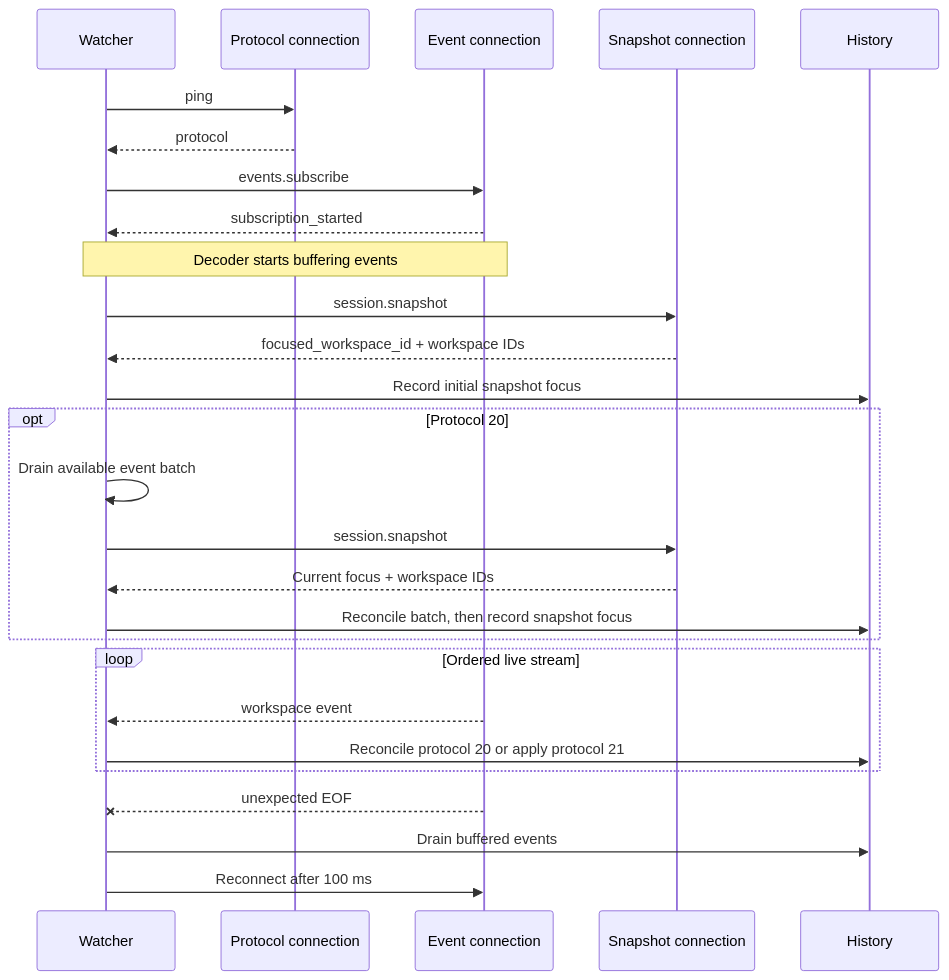
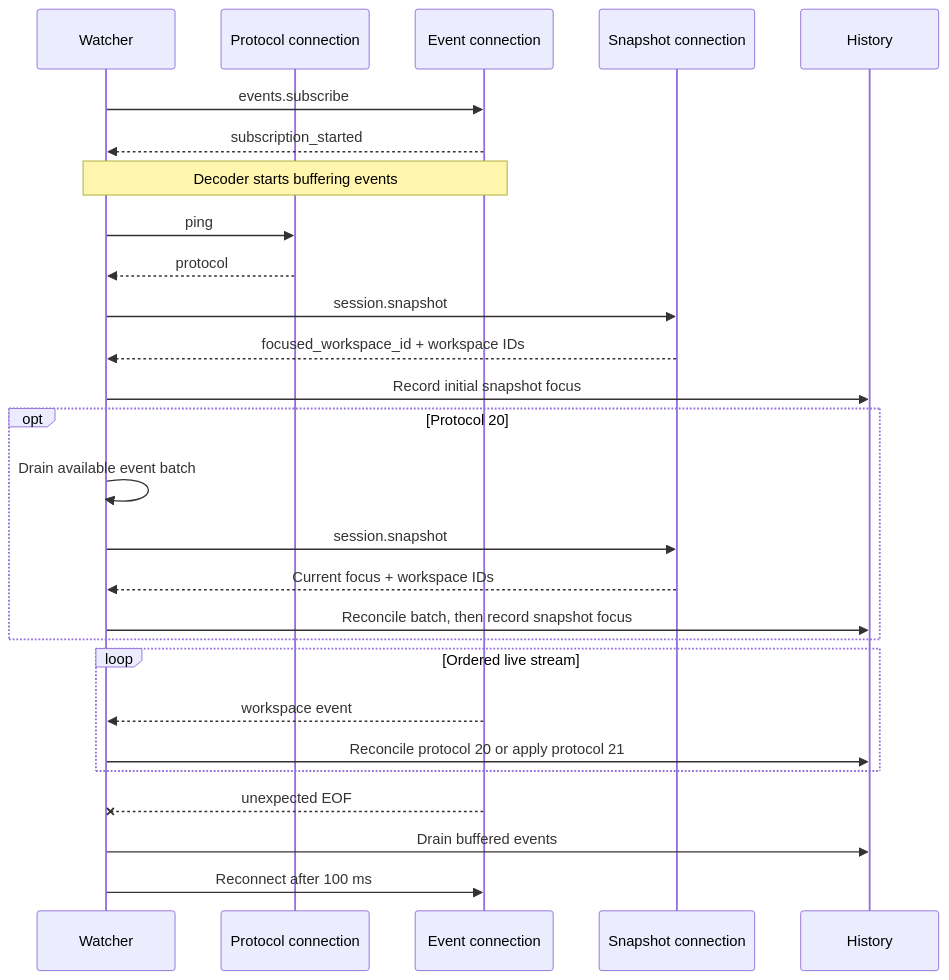
The second of 3 diagrams in docs/development/workspace-history.md (fullerzz/herdr-plugin-sesh), drawn with Mermaid before and after one commit. The commit also changed other lines of this file and 4 other files, not shown here.

````diff
--- a/docs/development/workspace-history.md
+++ b/docs/development/workspace-history.md
@@ -96,29 +101,29 @@
 ```mermaid
 sequenceDiagram
     participant W as Watcher
     participant P as Protocol connection
     participant E as Event connection
     participant S as Snapshot connection
     participant H as History
-    W->>P: ping
-    P-->>W: protocol
     W->>E: events.subscribe
     E-->>W: subscription_started
     Note over W,E: Decoder starts buffering events
+    W->>P: ping
+    P-->>W: protocol
     W->>S: session.snapshot
     S-->>W: focused_workspace_id + workspace IDs
     W->>H: Record initial snapshot focus
     opt Protocol 20
         W->>W: Drain available event batch
         W->>S: session.snapshot
         S-->>W: Current focus + workspace IDs
         W->>H: Reconcile batch, then record snapshot focus
     end
     loop Ordered live stream
         E-->>W: workspace event
         W->>H: Reconcile protocol 20 or apply protocol 21
     end
     E--xW: unexpected EOF
     W->>H: Drain buffered events
     W->>E: Reconnect after 100 ms
 ```
````
